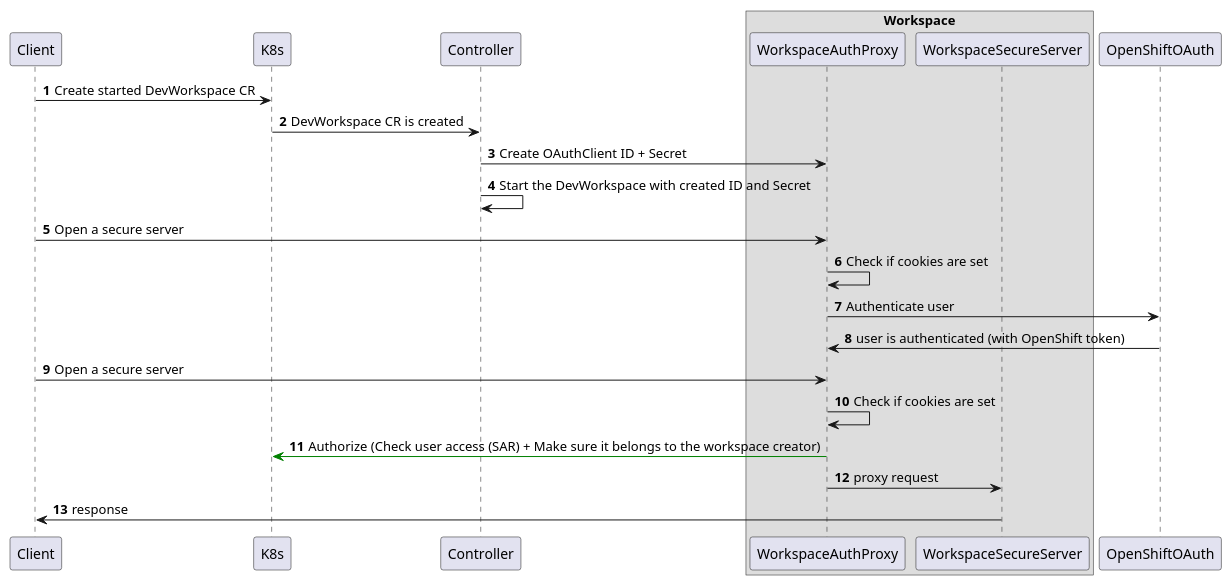
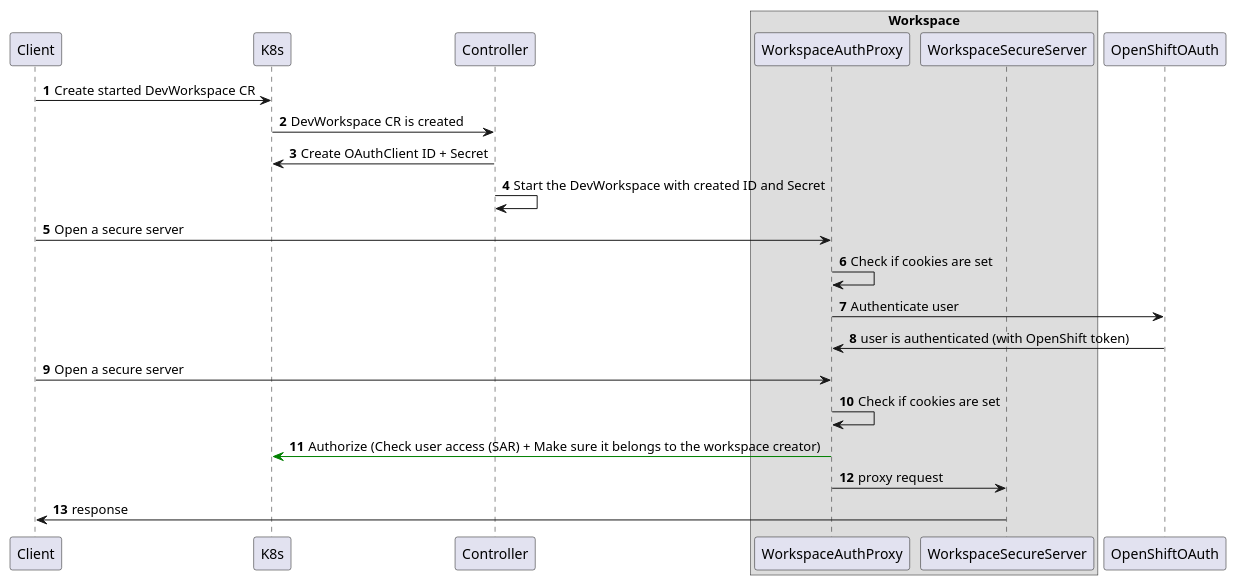
One commit to devfile/devworkspace-operator changed the diagram in auth-proposal/openshift-oauth.plantuml. Above: the diagram before and after it, drawn with PlantUML. The commit also changed 1 other file, not shown here.

Commit message:
fix mistake in openshift oauth flow

```diff
--- a/auth-proposal/openshift-oauth.plantuml
+++ b/auth-proposal/openshift-oauth.plantuml
@@ -1,34 +1,34 @@
 @startuml
 
 participant Client
 participant K8s
 participant Controller
 
 box Workspace
 participant WorkspaceAuthProxy
 participant WorkspaceSecureServer
 end box
 
 participant OpenShiftOAuth
 
 autonumber
 skinparam SequenceGroupBodyBackgroundColor transparent
 
 Client -> K8s: Create started DevWorkspace CR
 K8s -> Controller: DevWorkspace CR is created
-Controller -> WorkspaceAuthProxy: Create OAuthClient ID + Secret
+Controller -> K8s: Create OAuthClient ID + Secret
 Controller -> Controller: Start the DevWorkspace with created ID and Secret
 
 Client -> WorkspaceAuthProxy: Open a secure server
 WorkspaceAuthProxy -> WorkspaceAuthProxy: Check if cookies are set
 
 WorkspaceAuthProxy -> OpenShiftOAuth: Authenticate user
 OpenShiftOAuth -> WorkspaceAuthProxy: user is authenticated (with OpenShift token)
 
 Client -> WorkspaceAuthProxy: Open a secure server
 WorkspaceAuthProxy -> WorkspaceAuthProxy: Check if cookies are set
 WorkspaceAuthProxy -[#green]> K8s: Authorize (Check user access (SAR) + Make sure it belongs to the workspace creator)
 WorkspaceAuthProxy -> WorkspaceSecureServer: proxy request
 WorkspaceSecureServer -> Client: response
 
 @enduml
```
